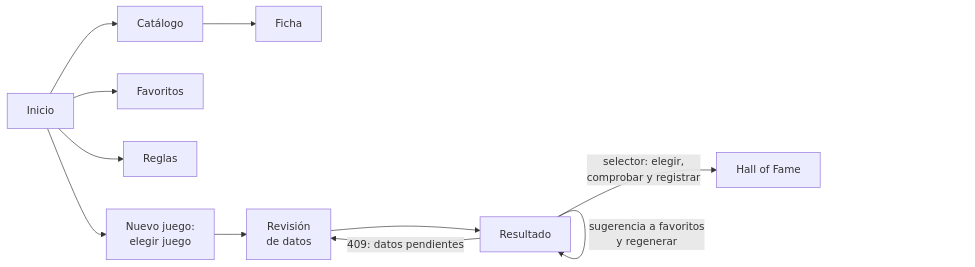
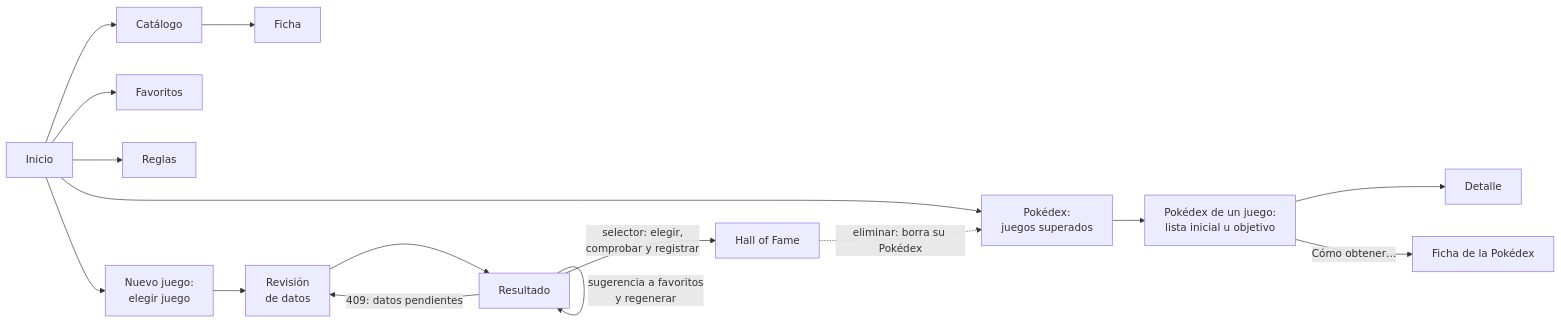
Before and after one commit to AlbertoMercado/pokemon-team-builder: the diagram in docs/02-ddt/web.md, drawn with Mermaid. The commit also changed other lines of this file and 32 other files, not shown here.

````diff
--- a/docs/02-ddt/web.md
+++ b/docs/02-ddt/web.md
@@ -12,10 +12,14 @@
 ```mermaid
 flowchart LR
     I["Inicio"] --> C["Catálogo"] --> F["Ficha"]
     I --> FAV["Favoritos"]
     I --> R["Reglas"]
     I --> J["Nuevo juego:<br/>elegir juego"] --> REV["Revisión<br/>de datos"] --> RES["Resultado"]
     RES -- "selector: elegir,<br/>comprobar y registrar" --> H["Hall of Fame"]
     RES -- "sugerencia a favoritos<br/>y regenerar" --> RES
     RES -- "409: datos pendientes" --> REV
+    I --> P["Pokédex:<br/>juegos superados"] --> PG["Pokédex de un juego:<br/>lista inicial u objetivo"]
+    PG --> PD["Detalle"]
+    PG -- "Cómo obtener…" --> PP["Ficha de la Pokédex"]
+    H -. "eliminar: borra su Pokédex" .-> P
 ```
````
